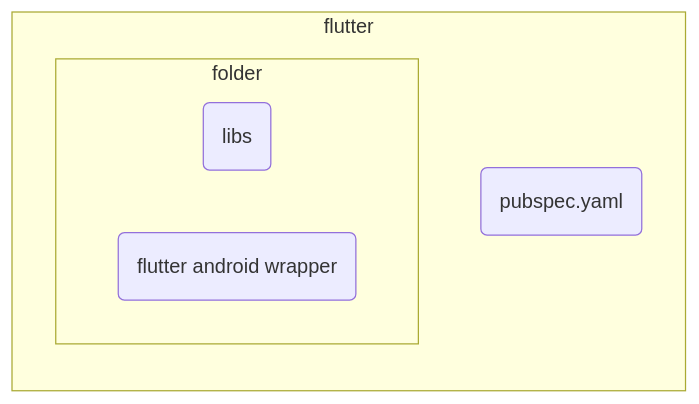
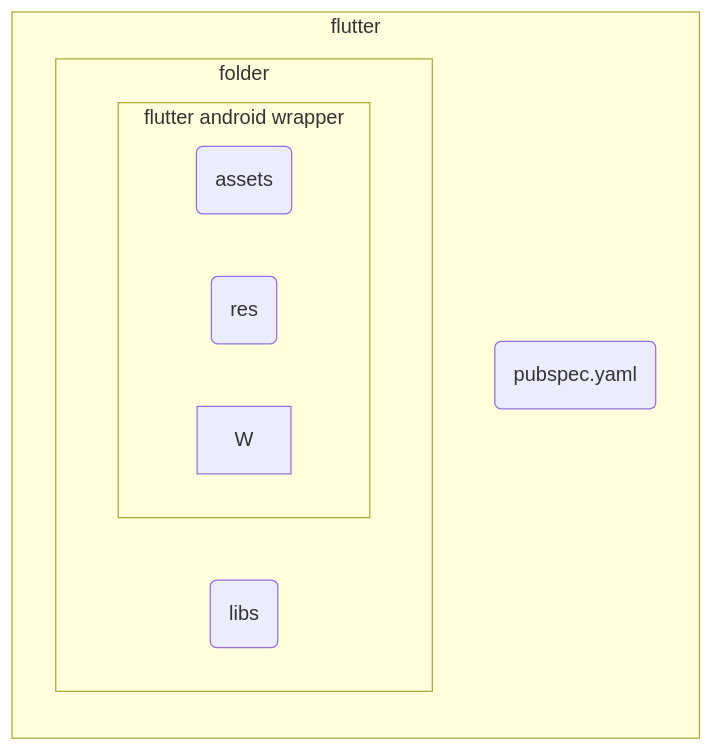
The first of 2 diagrams in flutter/addAndroidProjIntoFlutter.md (gordianknotC/nxp_note), drawn with Mermaid before and after one commit. The commit also changed other lines of this file, not shown here.

Commit message:
flutter/addAndroidProjIntoFlutter.md updated from https://stackedit.io/

````diff
--- a/flutter/addAndroidProjIntoFlutter.md
+++ b/flutter/addAndroidProjIntoFlutter.md
@@ -217,10 +217,14 @@
 ```mermaid
 graph LR
 	subgraph flutter
 		FP(pubspec.yaml)
 		subgraph folder
 			FL(libs)
-			FA(flutter android wrapper)
+			subgraph flutter android wrapper
+				WA(assets)
+				WR(res)
+				W
+			end
 		end
 	end
 ```
````
